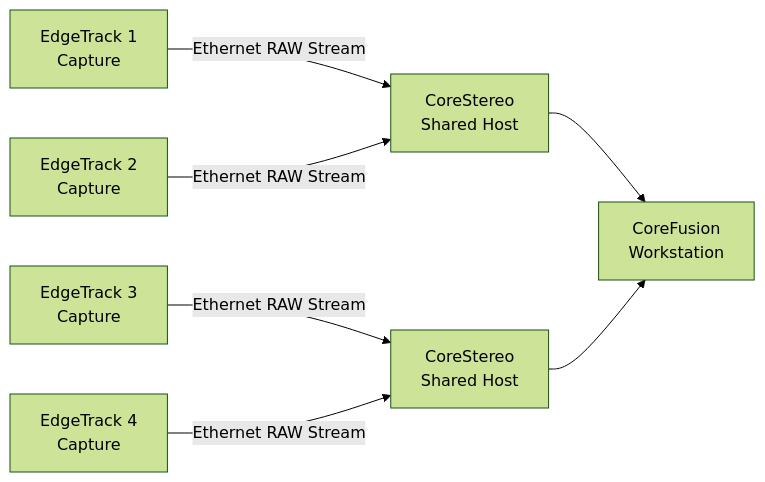
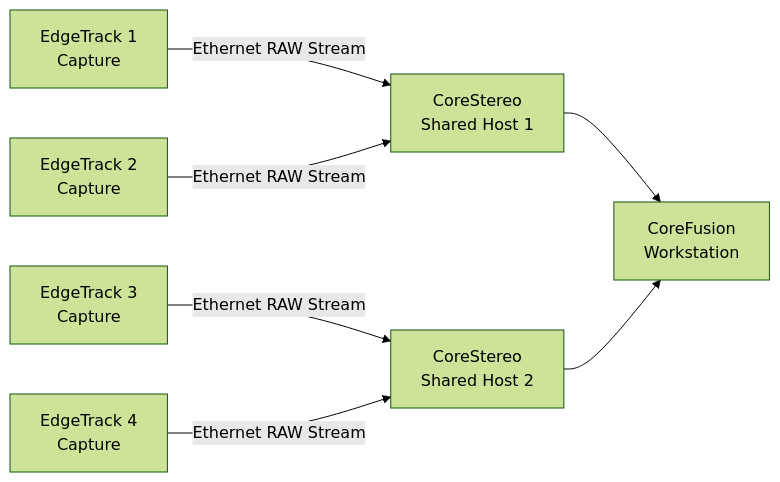
One commit to edgetrackorg/corestereo changed the second of 3 diagrams in README.md. Above: the diagram before and after it, drawn with Mermaid (forest theme). The commit also changed other lines of this file, not shown here.

````diff
--- a/README.md
+++ b/README.md
@@ -47,11 +47,11 @@
 ```mermaid
 flowchart LR
-    E1[EdgeTrack 1\nCapture] -->|Ethernet RAW Stream| C1[CoreStereo<br/>Shared Host]
+    E1[EdgeTrack 1\nCapture] -->|Ethernet RAW Stream| C1[CoreStereo<br/>Shared Host 1]
     E2[EdgeTrack 2\nCapture] -->|Ethernet RAW Stream| C1
 
-    E3[EdgeTrack 3\nCapture] -->|Ethernet RAW Stream| C2[CoreStereo<br/>Shared Host]
+    E3[EdgeTrack 3\nCapture] -->|Ethernet RAW Stream| C2[CoreStereo<br/>Shared Host 2]
     E4[EdgeTrack 4\nCapture] -->|Ethernet RAW Stream| C2   
 
     C1 --> F[CoreFusion<br/>Workstation]
     C2 --> F
 ```
````
